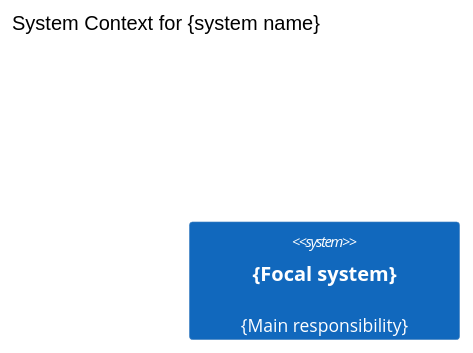
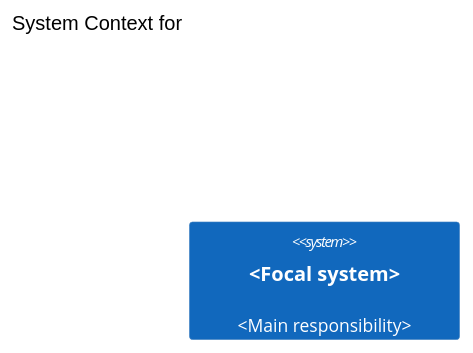
One commit to davych/agents-instruction changed the diagram in templates/shared/.ai-sdlc/templates/architecture-c4-context.mmd. Above: the diagram before and after it, drawn with Mermaid (forest theme). The commit also changed 260 other files, not shown here.

```diff
--- a/templates/shared/.ai-sdlc/templates/architecture-c4-context.mmd
+++ b/templates/shared/.ai-sdlc/templates/architecture-c4-context.mmd
@@ -1,13 +1,12 @@
 C4Context
-%% ai-sdlc:architecture-selection:v1 {"optionId":"{platform-selected option ID}","reviewId":"{selection review UUID}","optionsArtifactId":"{reviewed options artifact UUID}","selectedAt":"{selection timestamp}"}
-title System Context for {system name}
+title System Context for <system name>
 
-System(system, "{Focal system}", "{Main responsibility}")
+System(system, "<Focal system>", "<Main responsibility>")
 
-%% Add only elements and relationships supported by evidence.
-%% Person(user, "{User}", "{Reason this person uses the system}")
-%% System_Ext(external, "{External system}", "{External responsibility}")
-%% Rel(user, system, "{Business action}")
-%% Rel(system, external, "{Business relationship}")
+%% Add only people, external systems, and relationships supported by evidence.
+%% Person(user, "<User>", "<Why this person uses the system>")
+%% System_Ext(external, "<External system>", "<External responsibility>")
+%% Rel(user, system, "<Business action>")
+%% Rel(system, external, "<Business relationship>")
 
-%% Keep this view at C4 L1. Do not add containers, data stores, or deployment detail.
+%% Keep this view at C4 L1. Do not add containers, stores, or deployment detail.
```
